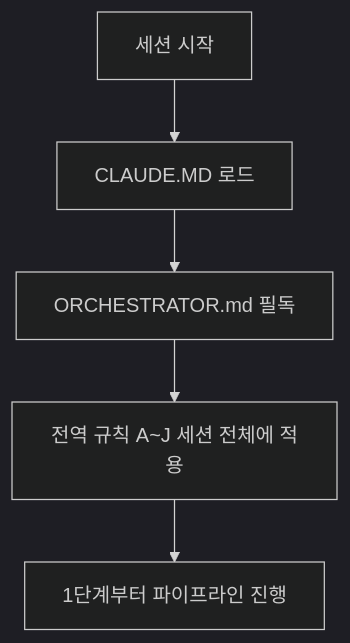
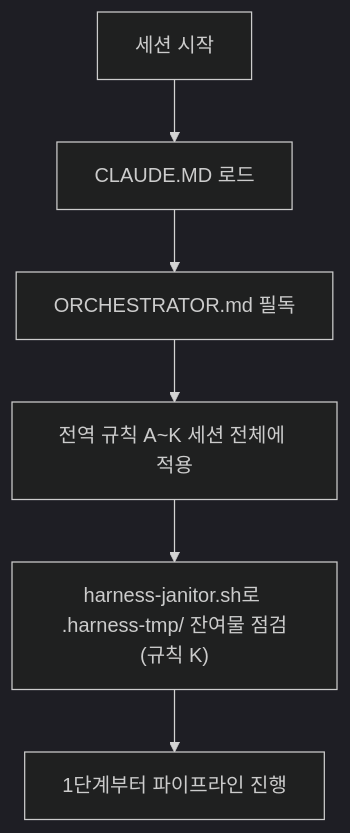
One commit to jcs19752510-ui/AI-AUTO-WORK changed the diagram in CLAUDE.MD. Above: the diagram before and after it, drawn with Mermaid (dark theme). The commit also changed other lines of this file and 10 other files, not shown here.

````diff
--- a/CLAUDE.MD
+++ b/CLAUDE.MD
@@ -11,7 +12,8 @@
 ```mermaid
 flowchart TD
     A["세션 시작"] --> B["CLAUDE.MD 로드"]
     B --> C["ORCHESTRATOR.md 필독"]
-    C --> D["전역 규칙 A~J 세션 전체에 적용"]
-    D --> E["1단계부터 파이프라인 진행"]
+    C --> D["전역 규칙 A~K 세션 전체에 적용"]
+    D --> E["harness-janitor.sh로 .harness-tmp/ 잔여물 점검(규칙 K)"]
+    E --> F["1단계부터 파이프라인 진행"]
 ```
````
